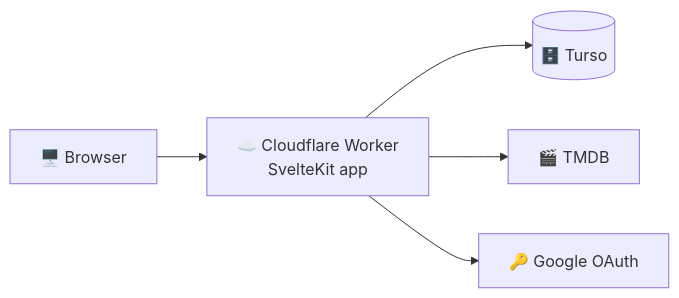
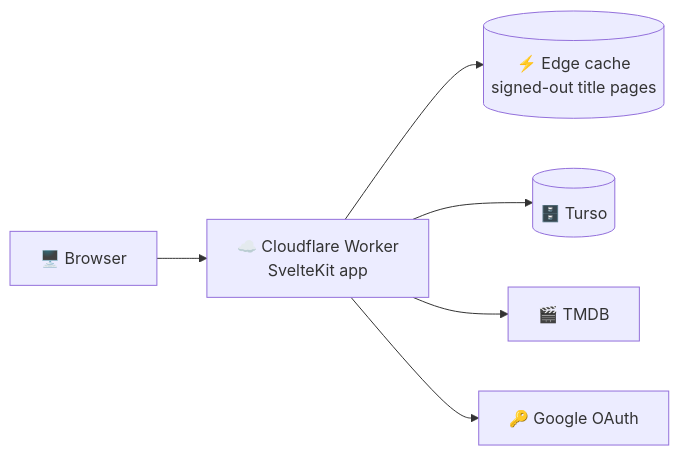
One commit to Isma-L154/nextsode changed the diagram in README.md. Above: the diagram before and after it, drawn with Mermaid. The commit also changed other lines of this file, not shown here.

First line of the commit message:
docs: describe what the Worker caches at the edge

````diff
--- a/README.md
+++ b/README.md
@@ -39,7 +39,8 @@
 ```mermaid
 flowchart LR
     B["🖥️ Browser"] --> W["☁️ Cloudflare Worker<br/>SvelteKit app"]
+    W --> C[("⚡ Edge cache<br/>signed-out title pages")]
     W --> D[("🗄️ Turso")]
     W --> T["🎬 TMDB"]
     W --> G["🔑 Google OAuth"]
 ```
````
